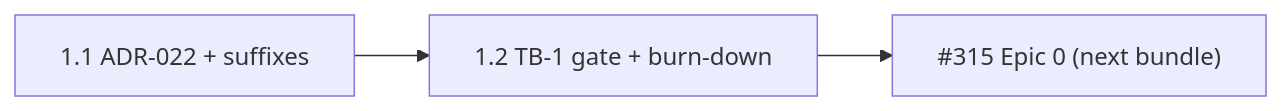
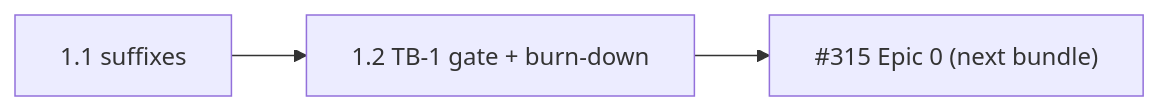
One commit to VilnaCRM-Org/crm changed the diagram in specs/typed-boundaries-gate/planning-artifacts/epics-typed-boundaries-gate-2026-10-08.md. Above: the diagram before and after it, drawn with Mermaid. The commit also changed other lines of this file and 17 other files, not shown here.

````diff
--- a/specs/typed-boundaries-gate/planning-artifacts/epics-typed-boundaries-gate-2026-10-08.md
+++ b/specs/typed-boundaries-gate/planning-artifacts/epics-typed-boundaries-gate-2026-10-08.md
@@ -127,5 +126,5 @@
 ```mermaid
 flowchart LR
-  s11["1.1 ADR-022 + suffixes"] --> s12["1.2 TB-1 gate + burn-down"]
+  s11["1.1 suffixes"] --> s12["1.2 TB-1 gate + burn-down"]
   s12 --> f315["#315 Epic 0 (next bundle)"]
 ```
````
